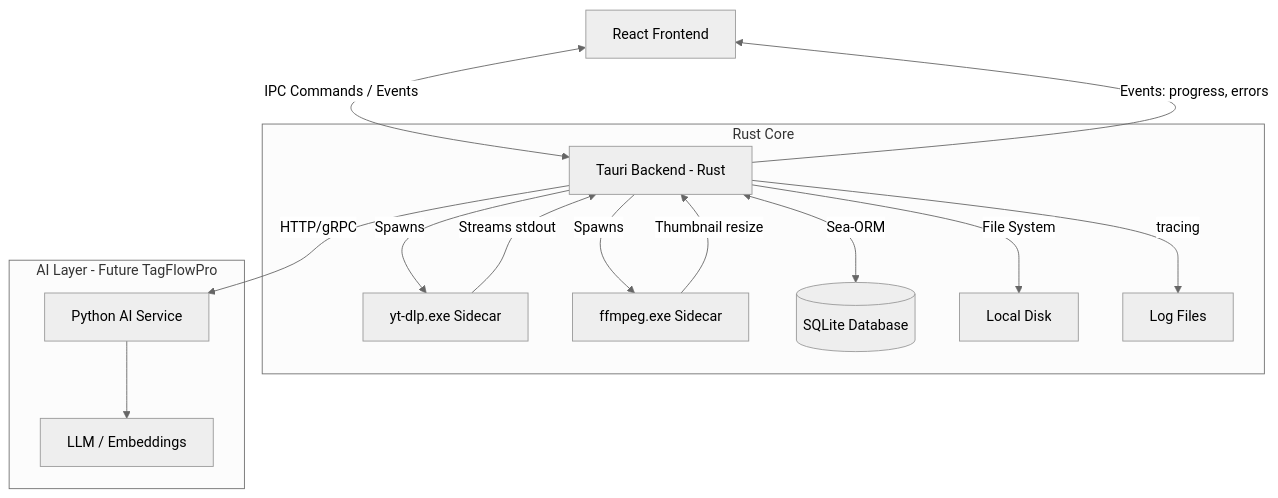
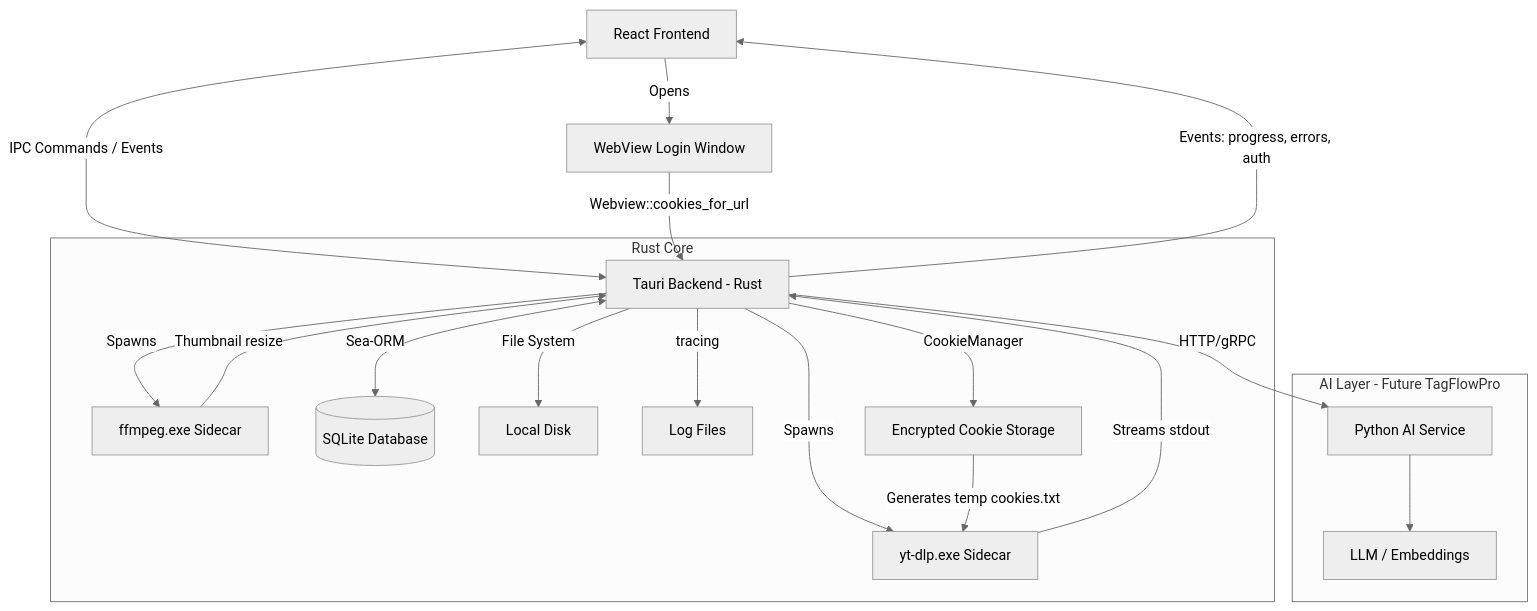
The first of 2 diagrams in documentation/02_technical_architecture.md (Zidane0MA/VideoDownloaderPro), drawn with Mermaid (neutral theme) before and after one commit. The commit also changed other lines of this file and 7 other files, not shown here.

Commit message:
docs: Add initial comprehensive project documentation covering architecture, database, error handling, IPC API, and authentication.

````diff
--- a/documentation/02_technical_architecture.md
+++ b/documentation/02_technical_architecture.md
@@ -15,21 +15,25 @@
 ```mermaid
 graph TD
     UI[React Frontend] <-->|IPC Commands / Events| Tauri[Tauri Backend - Rust]
+    UI -->|Opens| WV[WebView Login Window]
     
     subgraph "Rust Core"
         Tauri -->|Spawns| YTDLP[yt-dlp.exe Sidecar]
         Tauri -->|Spawns| FFMPEG[ffmpeg.exe Sidecar]
         Tauri <-->|Sea-ORM| DB[(SQLite Database)]
         Tauri -->|File System| FS[Local Disk]
         Tauri -->|tracing| LOG[Log Files]
+        Tauri -->|CookieManager| CM[Encrypted Cookie Storage]
     end
 
     subgraph "AI Layer - Future TagFlowPro"
         Tauri -->|HTTP/gRPC| AI[Python AI Service]
         AI --> LLM[LLM / Embeddings]
     end
 
+    WV -->|Webview::cookies_for_url| Tauri
+    CM -->|Generates temp cookies.txt| YTDLP
     YTDLP -->|Streams stdout| Tauri
     FFMPEG -->|Thumbnail resize| Tauri
-    Tauri -->|Events: progress, errors| UI
+    Tauri -->|Events: progress, errors, auth| UI
 ```
````
